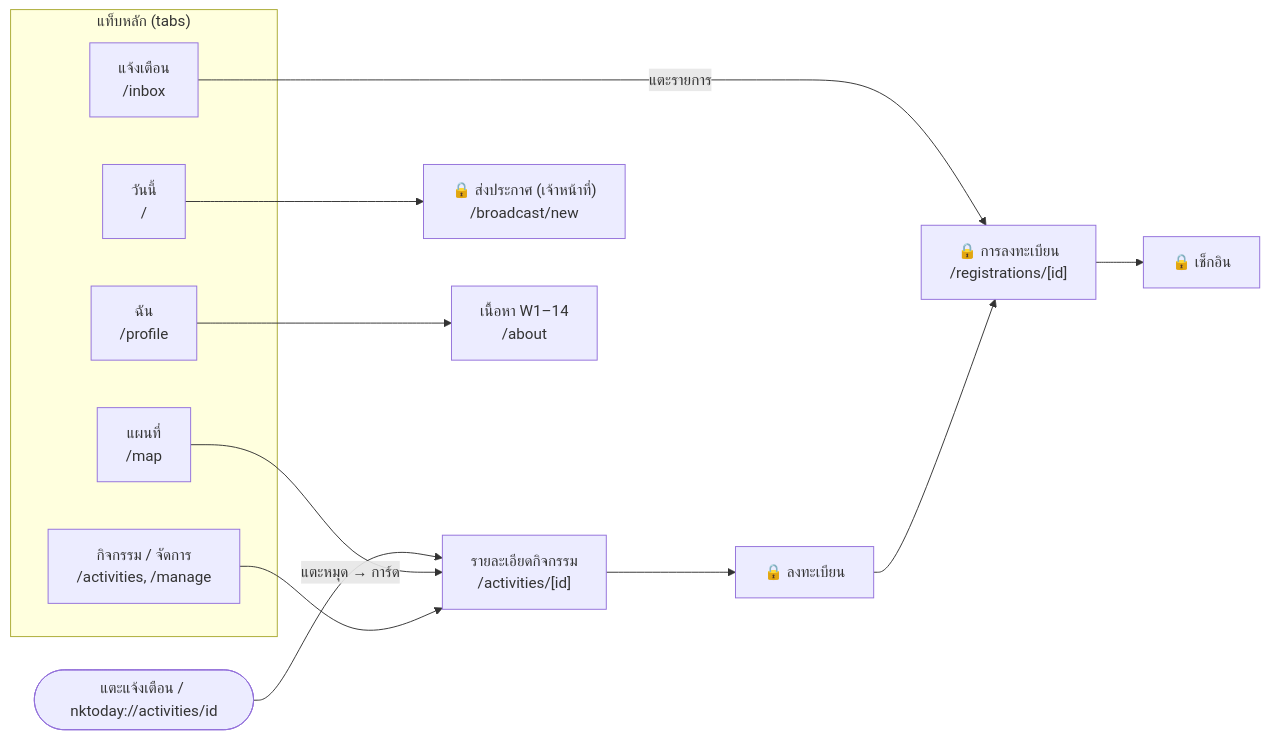
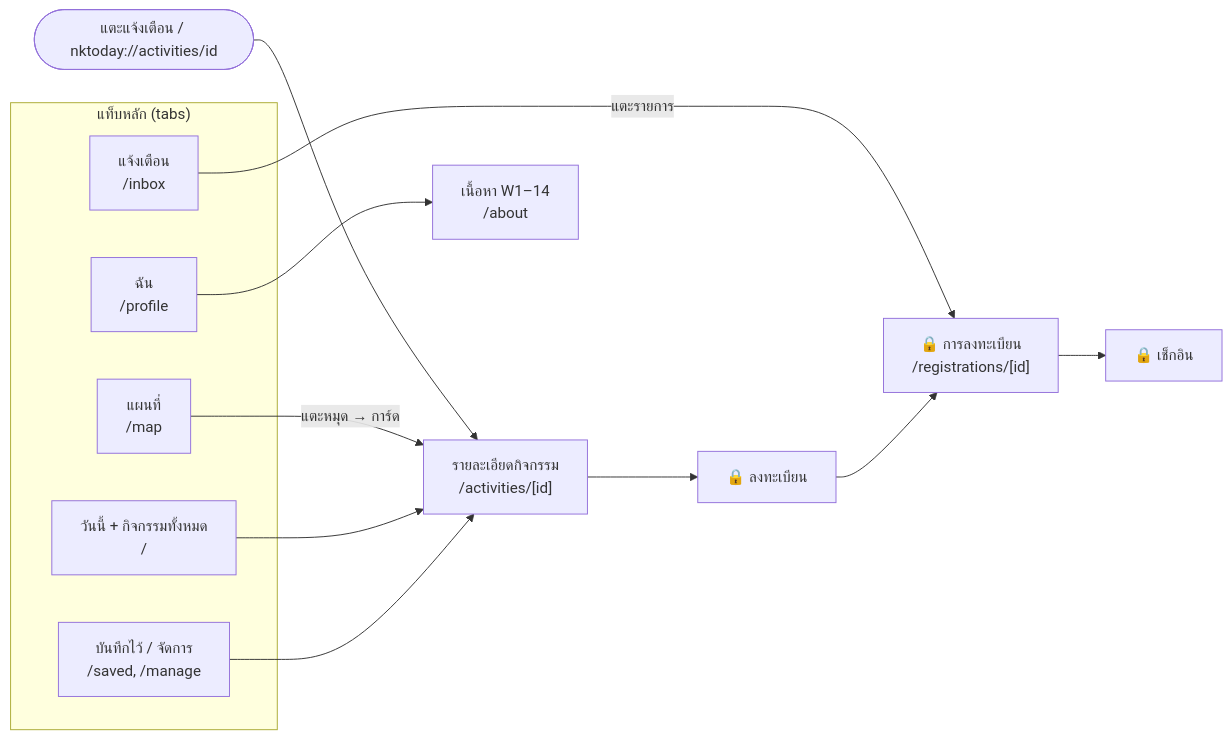
Before and after one commit to phop01/Hybrid_Mobile_Assignment: the first of 10 diagrams in docs/DIAGRAMS.md, drawn with Mermaid. The commit also changed other lines of this file and 69 other files, not shown here.

First line of the commit message:
Merge activities into Today, add saved tab, majors, and remove announcements

````diff
--- a/docs/DIAGRAMS.md
+++ b/docs/DIAGRAMS.md
@@ -8,17 +8,17 @@
 ```mermaid
 flowchart LR
   subgraph Tabs["แท็บหลัก (tabs)"]
-    T["วันนี้<br>/"]
-    A["กิจกรรม / จัดการ<br>/activities, /manage"]
+    T["วันนี้ + กิจกรรมทั้งหมด<br>/"]
+    A["บันทึกไว้ / จัดการ<br>/saved, /manage"]
     MP["แผนที่<br>/map"]
     I["แจ้งเตือน<br>/inbox"]
     P["ฉัน<br>/profile"]
   end
   N(["แตะแจ้งเตือน / nktoday://activities/id"]) --> D
   I -->|"แตะรายการ"| G
   MP -->|"แตะหมุด → การ์ด"| D
-  T --> B["🔒 ส่งประกาศ (เจ้าหน้าที่)<br>/broadcast/new"]
-  A --> D["รายละเอียดกิจกรรม<br>/activities/[id]"]
+  T --> D["รายละเอียดกิจกรรม<br>/activities/[id]"]
+  A --> D
   D --> R["🔒 ลงทะเบียน"] --> G["🔒 การลงทะเบียน<br>/registrations/[id]"] --> C["🔒 เช็กอิน"]
   P --> W["เนื้อหา W1–14<br>/about"]
 ```
````
